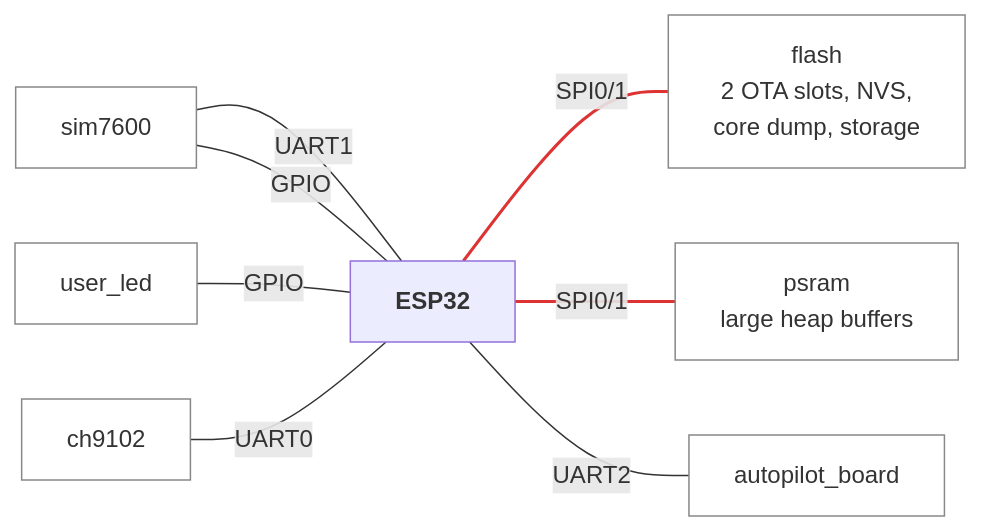
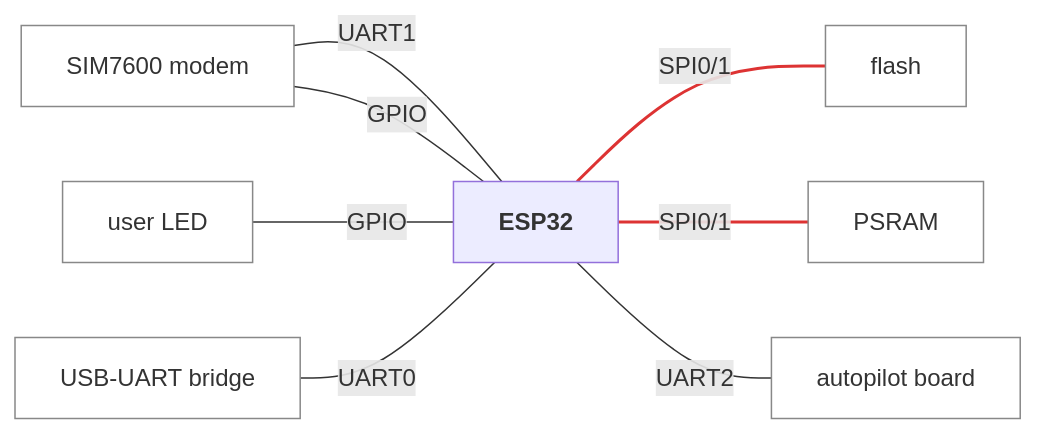
The second of 4 diagrams in examples/gateway/diagrams.md (jRmx0/esp-architecture), drawn with Mermaid before and after one commit. The commit also changed 6 other files, not shown here.

````diff
--- a/examples/gateway/diagrams.md
+++ b/examples/gateway/diagrams.md
@@ -29,20 +29,20 @@
 ```mermaid
 flowchart LR
   cpu_box["<b>ESP32</b>"]
-  n_sim7600["sim7600"]
-  n_user_led["user_led"]
-  n_autopilot_board["autopilot_board"]
-  n_ch9102["ch9102"]
-  n_flash["flash<br/>2 OTA slots, NVS,<br/>core dump, storage"]
-  n_psram["psram<br/>large heap buffers"]
+  n_sim7600["SIM7600 modem"]
+  n_user_led["user LED"]
+  n_autopilot_board["autopilot board"]
+  n_ch9102["USB-UART bridge"]
+  n_flash["flash"]
+  n_psram["PSRAM"]
   n_sim7600 ---|"UART1"| cpu_box
   n_sim7600 ---|"GPIO"| cpu_box
   n_user_led ---|"GPIO"| cpu_box
   n_ch9102 ---|"UART0"| cpu_box
   cpu_box ---|"SPI0/1"| n_flash
   cpu_box ---|"SPI0/1"| n_psram
   cpu_box ---|"UART2"| n_autopilot_board
   classDef device fill:none,stroke:#888
   class n_sim7600,n_user_led,n_autopilot_board,n_ch9102,n_flash,n_psram device
   linkStyle 4,5 stroke:#d33,stroke-width:2px
 ```
````
